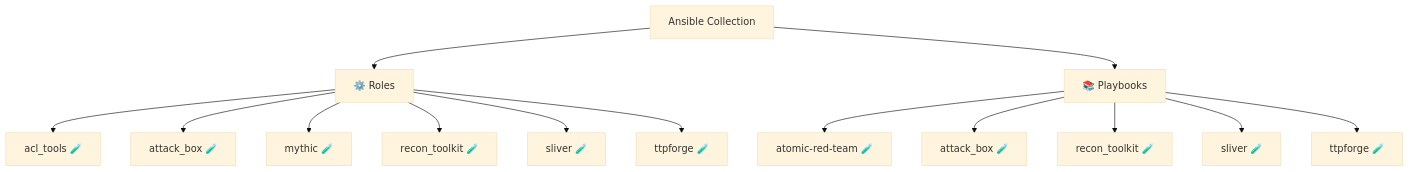
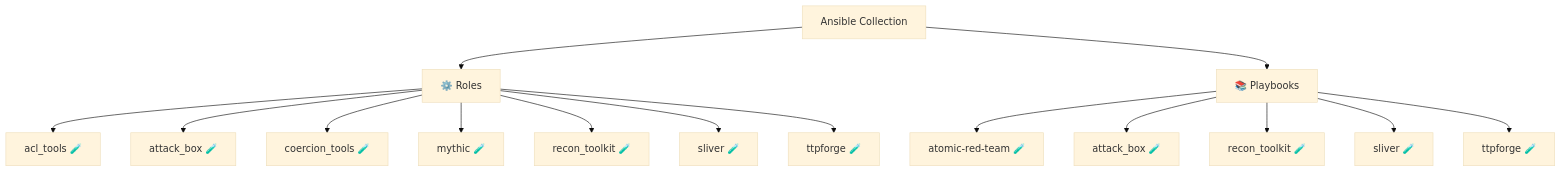
Before and after one commit to l50/ansible-collection-arsenal: the diagram in README.md, drawn with Mermaid (base theme). The commit also changed other lines of this file and 14 other files, not shown here.

First line of the commit message:
feat: add coercion_tools ansible role for network poisoning and relay attacks (#736)

````diff
--- a/README.md
+++ b/README.md
@@ -13,17 +13,18 @@
 ```mermaid
 graph TD
     Collection[Ansible Collection]
     Collection --> Roles[⚙️ Roles]
     Roles --> R0[acl_tools 🧪]
     Roles --> R1[attack_box 🧪]
-    Roles --> R2[mythic 🧪]
-    Roles --> R3[recon_toolkit 🧪]
-    Roles --> R4[sliver 🧪]
-    Roles --> R5[ttpforge 🧪]
+    Roles --> R2[coercion_tools 🧪]
+    Roles --> R3[mythic 🧪]
+    Roles --> R4[recon_toolkit 🧪]
+    Roles --> R5[sliver 🧪]
+    Roles --> R6[ttpforge 🧪]
     Collection --> Playbooks[📚 Playbooks]
     Playbooks --> PB0[atomic-red-team 🧪]
     Playbooks --> PB1[attack_box 🧪]
     Playbooks --> PB2[recon_toolkit 🧪]
     Playbooks --> PB3[sliver 🧪]
     Playbooks --> PB4[ttpforge 🧪]
 ```
````
